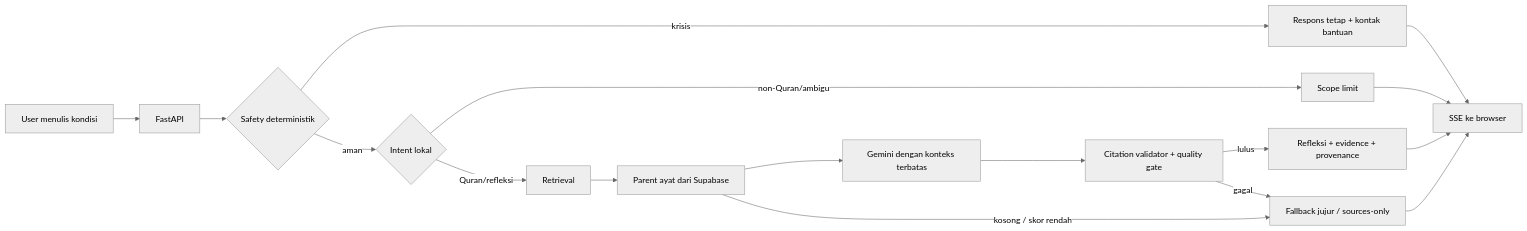
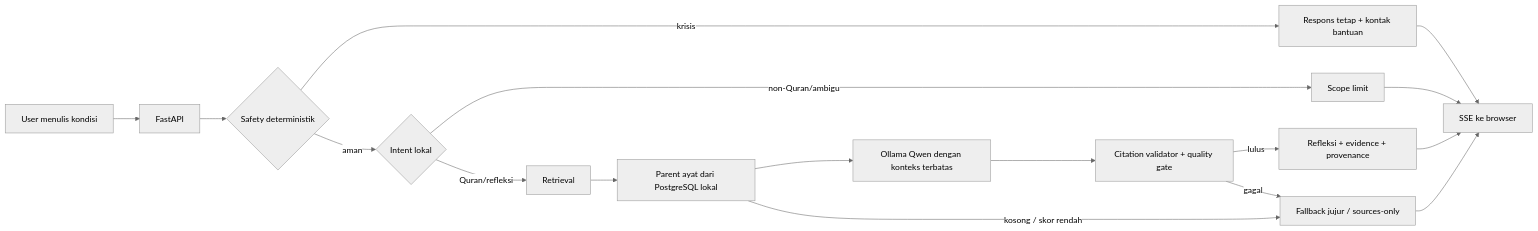
Before and after one commit to Irfandroid/qalbu-rag: the first of 8 diagrams in docs/ARCHITECTURE.md, drawn with Mermaid (neutral theme). The commit also changed other lines of this file and 7 other files, not shown here.

````diff
--- a/docs/ARCHITECTURE.md
+++ b/docs/ARCHITECTURE.md
@@ -12,19 +12,19 @@
 ```mermaid
 flowchart LR
     U[User menulis kondisi] --> API[FastAPI]
     API --> SAFE{Safety deterministik}
     SAFE -->|krisis| FIXED[Respons tetap + kontak bantuan]
     SAFE -->|aman| ROUTE{Intent lokal}
     ROUTE -->|Quran/refleksi| RET[Retrieval]
     ROUTE -->|non-Quran/ambigu| LIMIT[Scope limit]
-    RET --> SRC[Parent ayat dari Supabase]
-    SRC --> LLM[Gemini dengan konteks terbatas]
+    RET --> SRC[Parent ayat dari PostgreSQL lokal]
+    SRC --> LLM[Ollama Qwen dengan konteks terbatas]
     LLM --> GATE[Citation validator + quality gate]
     GATE -->|lulus| OUT[Refleksi + evidence + provenance]
     GATE -->|gagal| FALLBACK[Fallback jujur / sources-only]
     SRC -->|kosong / skor rendah| FALLBACK
     FIXED --> SSE[SSE ke browser]
     LIMIT --> SSE
     OUT --> SSE
     FALLBACK --> SSE
 ```
````
